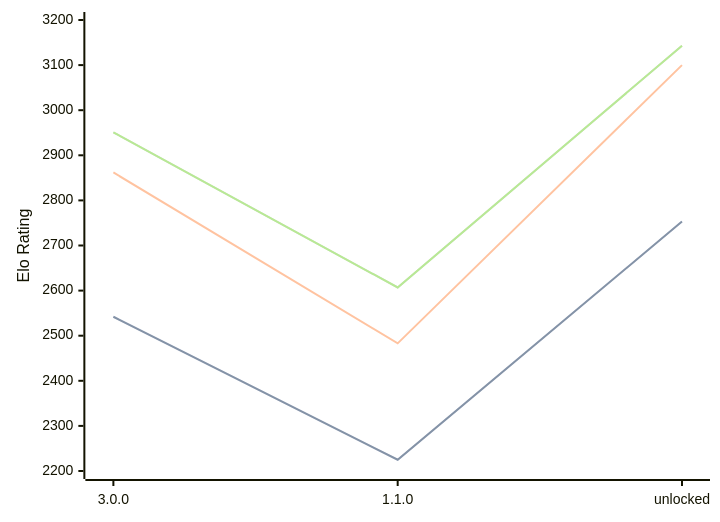
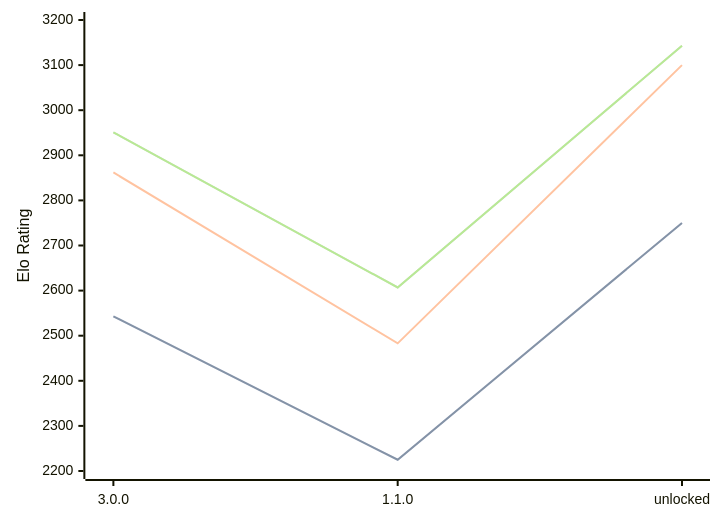
One commit to computer-chess-index/cci changed the diagram in engines/Potential.md. Above: the diagram before and after it, drawn with Mermaid. The commit also changed other lines of this file, not shown here.

````diff
--- a/engines/Potential.md
+++ b/engines/Potential.md
@@ -33,11 +33,11 @@
 ```mermaid
 %%{init: {"theme":"base","themeVariables":{"seriesColors:['#a3a3a3','#222221','#faa371']}}}%%
 xychart-beta
   x-axis ["3.0.0", "1.1.0", "unlocked"]
   y-axis "Elo Rating" 2200 --> 3200
-  line "" [2542, 2225, 2753]
-  line "STC (8.0+0.08s)" [2542, 2225, 2753]
+  line "" [2543, 2225, 2750]
+  line "STC (8.0+0.08s)" [2543, 2225, 2750]
   line "LTC (60.0+0.60s)" [2862, 2483, 3100]
   line "" [2951, 2607, 3143]
   line "VLTC (2m24s+1.12s)" [2951, 2607, 3143]
 ```
````
